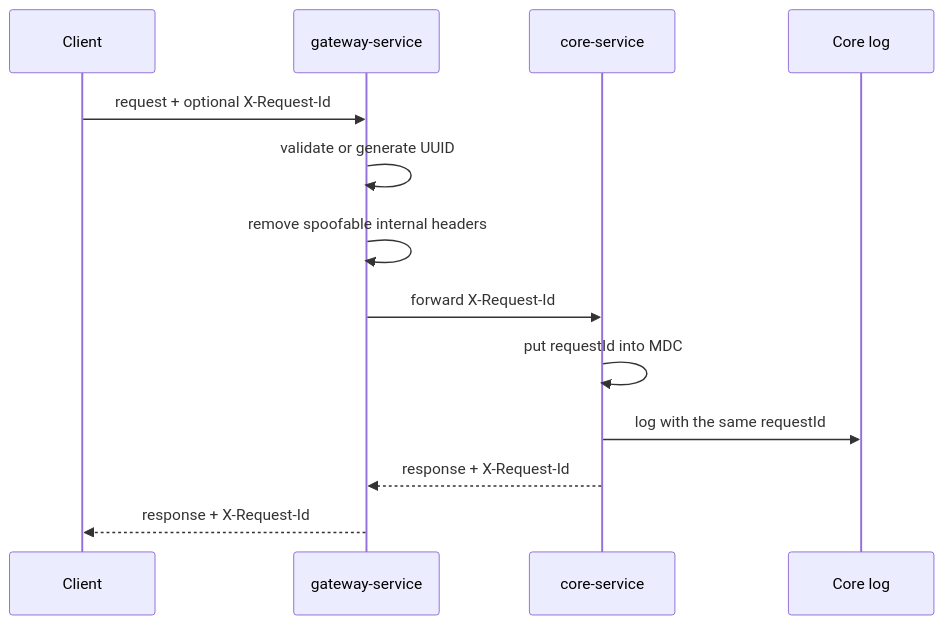
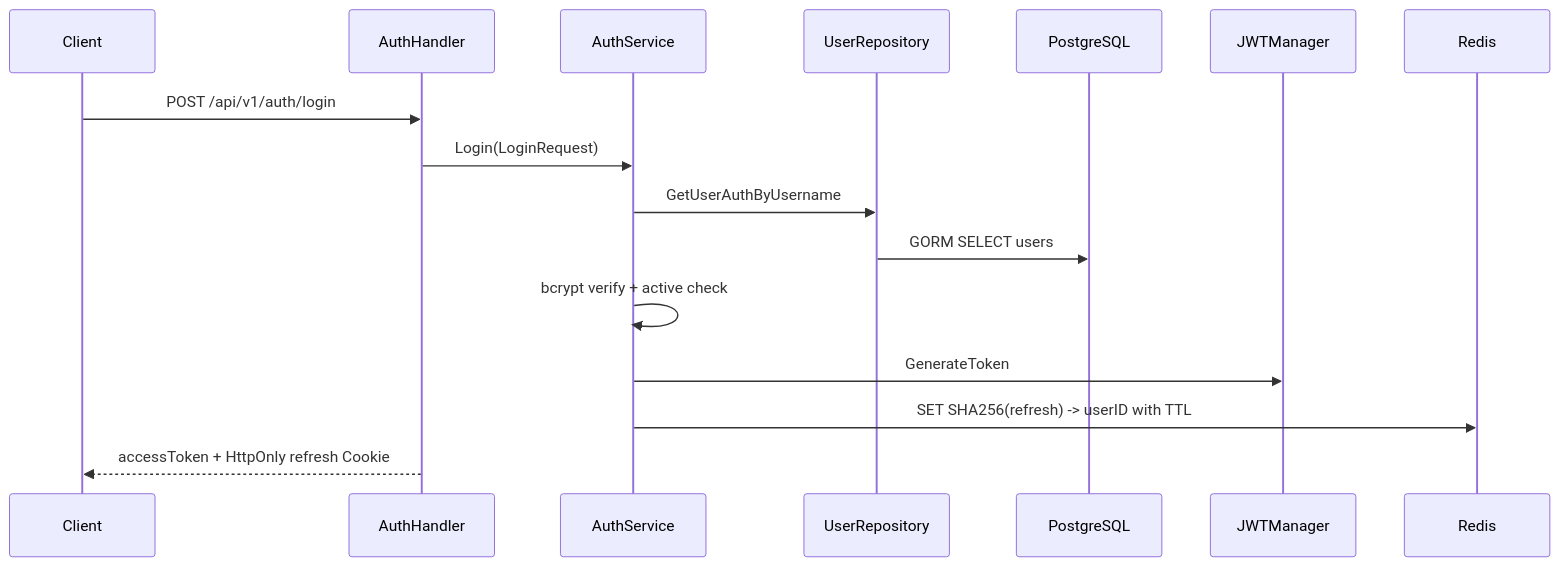
One commit to DWHuang99/erent changed the second of 3 diagrams in ARCHITECTURE.md. Above: the diagram before and after it, drawn with Mermaid. The commit also changed other lines of this file and 225 other files, not shown here.

````diff
--- a/ARCHITECTURE.md
+++ b/ARCHITECTURE.md
@@ -219,16 +51,19 @@
 ```mermaid
 sequenceDiagram
     participant C as Client
-    participant G as gateway-service
-    participant S as core-service
-    participant L as Core log
+    participant H as AuthHandler
+    participant S as AuthService
+    participant U as UserRepository
+    participant P as PostgreSQL
+    participant J as JWTManager
+    participant R as Redis
 
-    C->>G: request + optional X-Request-Id
-    G->>G: validate or generate UUID
-    G->>G: remove spoofable internal headers
-    G->>S: forward X-Request-Id
-    S->>S: put requestId into MDC
-    S->>L: log with the same requestId
-    S-->>G: response + X-Request-Id
-    G-->>C: response + X-Request-Id
+    C->>H: POST /api/v1/auth/login
+    H->>S: Login(LoginRequest)
+    S->>U: GetUserAuthByUsername
+    U->>P: GORM SELECT users
+    S->>S: bcrypt verify + active check
+    S->>J: GenerateToken
+    S->>R: SET SHA256(refresh) -> userID with TTL
+    H-->>C: accessToken + HttpOnly refresh Cookie
 ```
````
